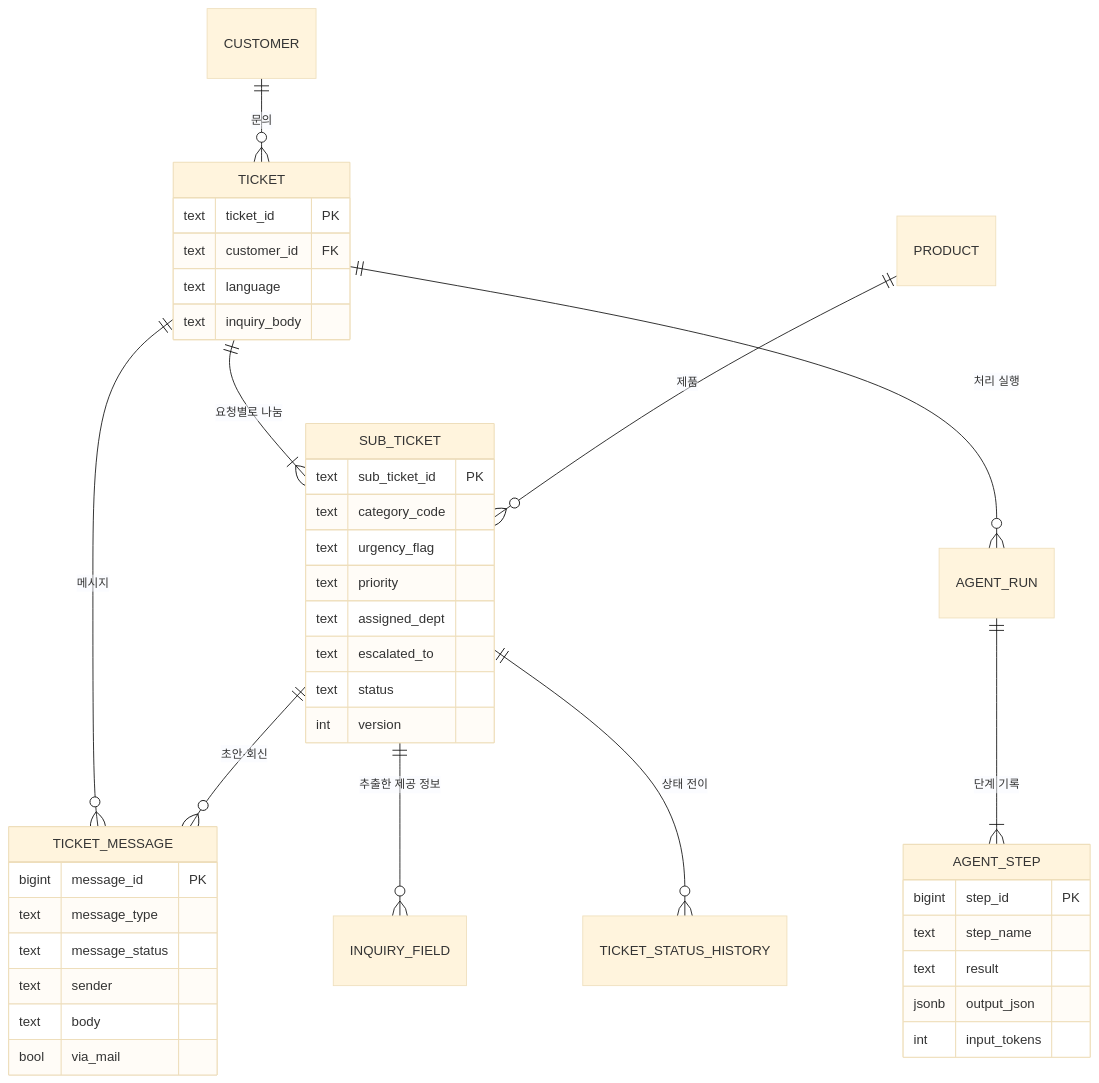
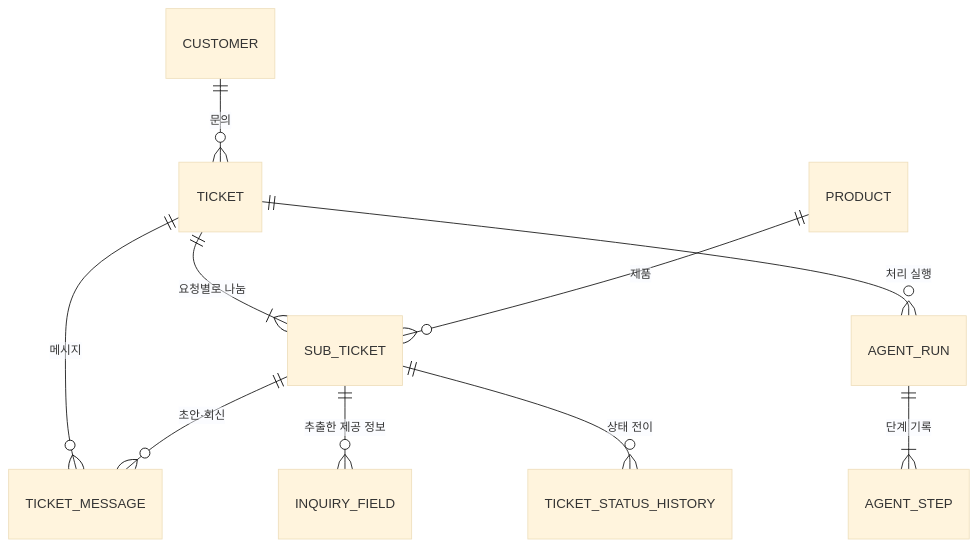
The second of 2 diagrams in README.md (SongjuNa/cs-agent-service), drawn with Mermaid (base theme) before and after one commit. The commit also changed other lines of this file and 1 other file, not shown here.

````diff
--- a/README.md
+++ b/README.md
@@ -186,43 +164,12 @@
 ```mermaid
 erDiagram
     CUSTOMER ||--o{ TICKET : "문의"
     TICKET ||--|{ SUB_TICKET : "요청별로 나눔"
     TICKET ||--o{ TICKET_MESSAGE : "메시지"
     SUB_TICKET ||--o{ TICKET_MESSAGE : "초안·회신"
     SUB_TICKET ||--o{ INQUIRY_FIELD : "추출한 제공 정보"
     SUB_TICKET ||--o{ TICKET_STATUS_HISTORY : "상태 전이"
     TICKET ||--o{ AGENT_RUN : "처리 실행"
     AGENT_RUN ||--|{ AGENT_STEP : "단계 기록"
     PRODUCT ||--o{ SUB_TICKET : "제품"
-    TICKET {
-        text ticket_id PK
-        text customer_id FK
-        text language
-        text inquiry_body
-    }
-    SUB_TICKET {
-        text sub_ticket_id PK
-        text category_code
-        text urgency_flag
-        text priority
-        text assigned_dept
-        text escalated_to
-        text status
-        int version
-    }
-    TICKET_MESSAGE {
-        bigint message_id PK
-        text message_type
-        text message_status
-        text sender
-        text body
-        bool via_mail
-    }
-    AGENT_STEP {
-        bigint step_id PK
-        text step_name
-        text result
-        jsonb output_json
-        int input_tokens
-    }
 ```
````
